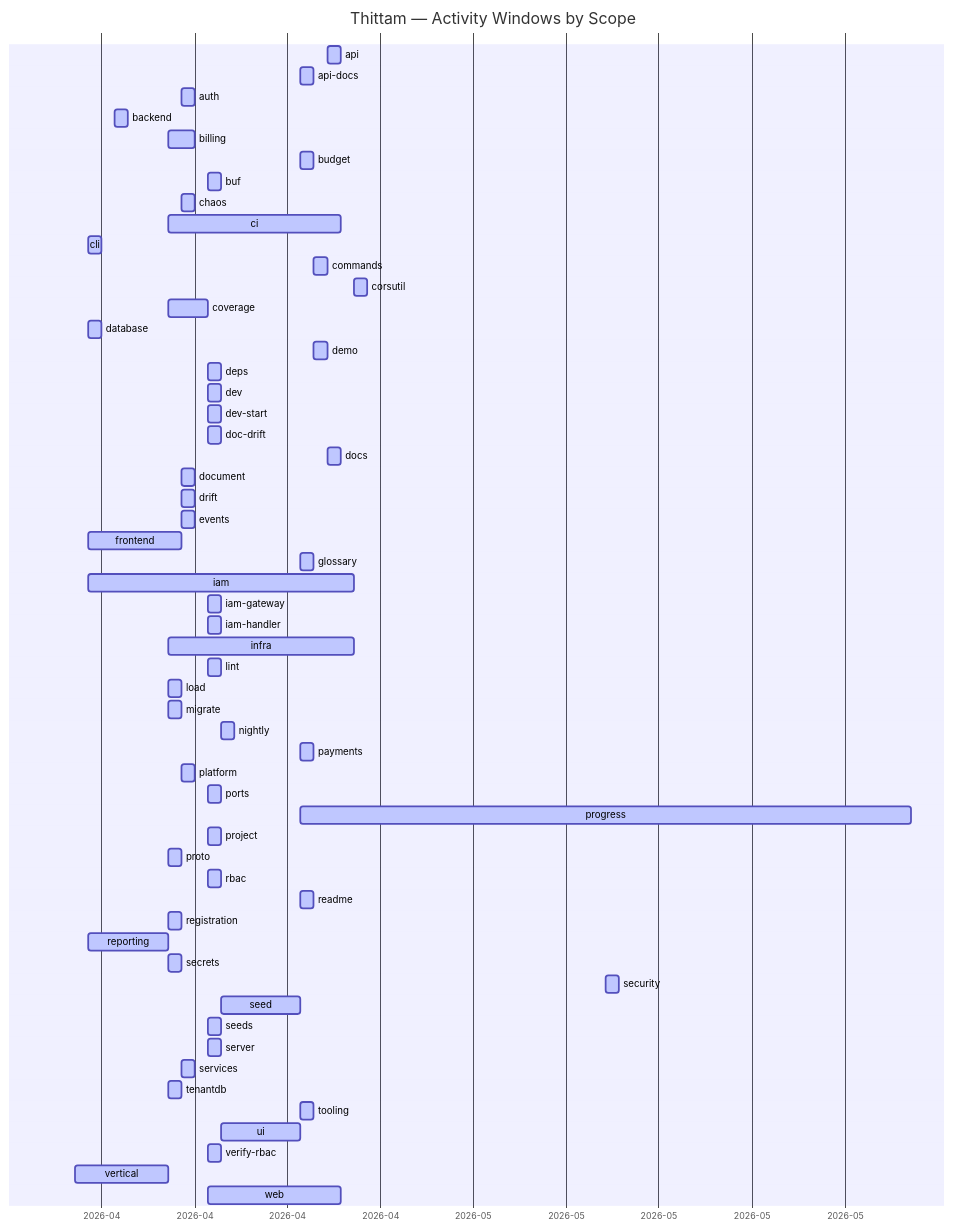
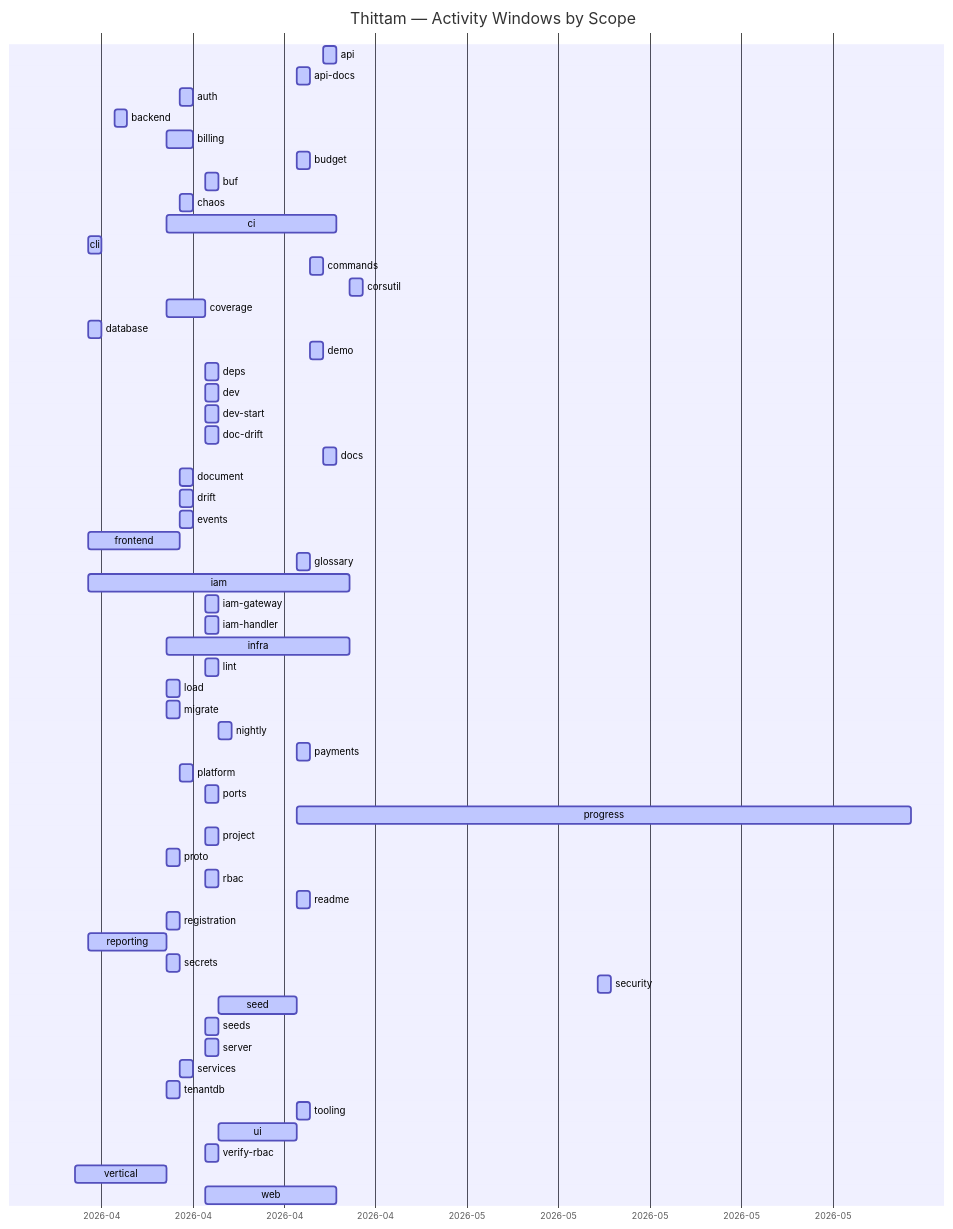
One commit to wegofwd2020-hub/thittam changed the diagram in docs/PROGRESS.md. Above: the diagram before and after it, drawn with Mermaid. The commit also changed other lines of this file and 1 other file, not shown here.

Commit message:
chore(progress): nightly update of docs/PROGRESS.md + CSVs

````diff
--- a/docs/PROGRESS.md
+++ b/docs/PROGRESS.md
@@ -9,61 +9,61 @@
 ```mermaid
 gantt
     title Thittam — Activity Windows by Scope
     dateFormat YYYY-MM-DD
     axisFormat %Y-%m
     api                :active, s_api, 2026-04-22, 2026-04-23
     api-docs           :active, s_api_docs, 2026-04-20, 2026-04-21
     auth               :active, s_auth, 2026-04-11, 2026-04-12
     backend            :active, s_backend, 2026-04-06, 2026-04-07
     billing            :active, s_billing, 2026-04-10, 2026-04-12
     budget             :active, s_budget, 2026-04-20, 2026-04-21
     buf                :active, s_buf, 2026-04-13, 2026-04-14
     chaos              :active, s_chaos, 2026-04-11, 2026-04-12
     ci                 :active, s_ci, 2026-04-10, 2026-04-23
     cli                :active, s_cli, 2026-04-04, 2026-04-05
     commands           :active, s_commands, 2026-04-21, 2026-04-22
     corsutil           :active, s_corsutil, 2026-04-24, 2026-04-25
     coverage           :active, s_coverage, 2026-04-10, 2026-04-13
     database           :active, s_database, 2026-04-04, 2026-04-05
     demo               :active, s_demo, 2026-04-21, 2026-04-22
     deps               :active, s_deps, 2026-04-13, 2026-04-14
     dev                :active, s_dev, 2026-04-13, 2026-04-14
     dev-start          :active, s_dev_start, 2026-04-13, 2026-04-14
     doc-drift          :active, s_doc_drift, 2026-04-13, 2026-04-14
     docs               :active, s_docs, 2026-04-22, 2026-04-23
     document           :active, s_document, 2026-04-11, 2026-04-12
     drift              :active, s_drift, 2026-04-11, 2026-04-12
     events             :active, s_events, 2026-04-11, 2026-04-12
     frontend           :active, s_frontend, 2026-04-04, 2026-04-11
     glossary           :active, s_glossary, 2026-04-20, 2026-04-21
     iam                :active, s_iam, 2026-04-04, 2026-04-24
     iam-gateway        :active, s_iam_gateway, 2026-04-13, 2026-04-14
     iam-handler        :active, s_iam_handler, 2026-04-13, 2026-04-14
     infra              :active, s_infra, 2026-04-10, 2026-04-24
     lint               :active, s_lint, 2026-04-13, 2026-04-14
     load               :active, s_load, 2026-04-10, 2026-04-11
     migrate            :active, s_migrate, 2026-04-10, 2026-04-11
     nightly            :active, s_nightly, 2026-04-14, 2026-04-15
     payments           :active, s_payments, 2026-04-20, 2026-04-21
     platform           :active, s_platform, 2026-04-11, 2026-04-12
     ports              :active, s_ports, 2026-04-13, 2026-04-14
-    progress           :active, s_progress, 2026-04-20, 2026-06-05
+    progress           :active, s_progress, 2026-04-20, 2026-06-06
     project            :active, s_project, 2026-04-13, 2026-04-14
     proto              :active, s_proto, 2026-04-10, 2026-04-11
     rbac               :active, s_rbac, 2026-04-13, 2026-04-14
     readme             :active, s_readme, 2026-04-20, 2026-04-21
     registration       :active, s_registration, 2026-04-10, 2026-04-11
     reporting          :active, s_reporting, 2026-04-04, 2026-04-10
     secrets            :active, s_secrets, 2026-04-10, 2026-04-11
     security           :active, s_security, 2026-05-13, 2026-05-14
     seed               :active, s_seed, 2026-04-14, 2026-04-20
     seeds              :active, s_seeds, 2026-04-13, 2026-04-14
     server             :active, s_server, 2026-04-13, 2026-04-14
     services           :active, s_services, 2026-04-11, 2026-04-12
     tenantdb           :active, s_tenantdb, 2026-04-10, 2026-04-11
     tooling            :active, s_tooling, 2026-04-20, 2026-04-21
     ui                 :active, s_ui, 2026-04-14, 2026-04-20
     verify-rbac        :active, s_verify_rbac, 2026-04-13, 2026-04-14
     vertical           :active, s_vertical, 2026-04-03, 2026-04-10
     web                :active, s_web, 2026-04-13, 2026-04-23
 ```
````
